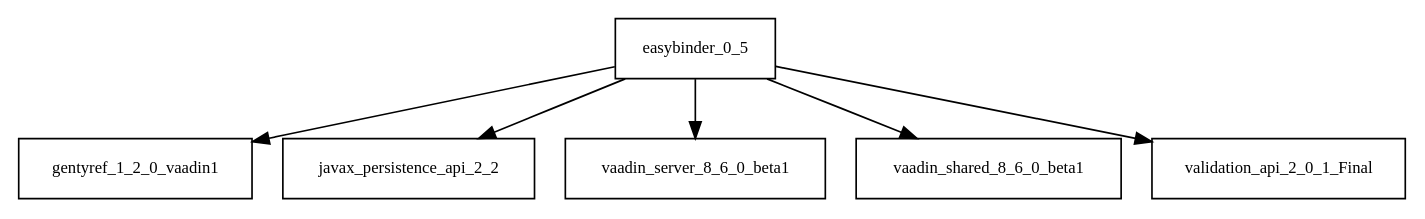
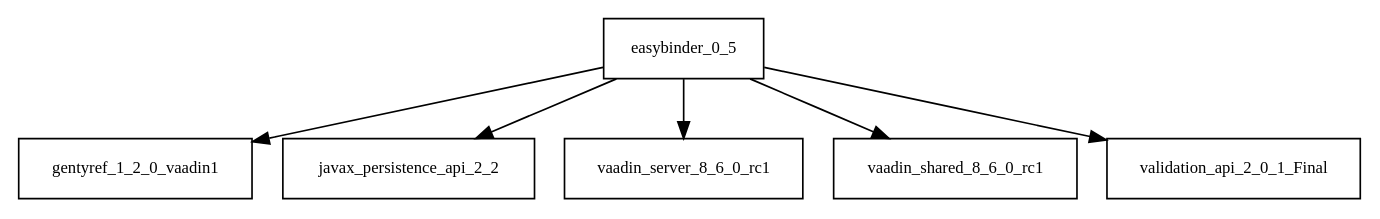
Before and after one commit to Hack23/cia: the diagram in tattleTaleReport/graphviz/easybinder-0.5.jar/easybinder-0.5.jar.dot, drawn with Graphviz. The commit also changed 1393 other files, not shown here.

```diff
--- a/tattleTaleReport/graphviz/easybinder-0.5.jar/easybinder-0.5.jar.dot
+++ b/tattleTaleReport/graphviz/easybinder-0.5.jar/easybinder-0.5.jar.dot
@@ -1,8 +1,8 @@
 digraph easybinder_0_5_dependencies {
   node [shape = box, fontsize=10.0];
   easybinder_0_5 -> gentyref_1_2_0_vaadin1;
   easybinder_0_5 -> javax_persistence_api_2_2;
-  easybinder_0_5 -> vaadin_server_8_6_0_beta1;
-  easybinder_0_5 -> vaadin_shared_8_6_0_beta1;
+  easybinder_0_5 -> vaadin_server_8_6_0_rc1;
+  easybinder_0_5 -> vaadin_shared_8_6_0_rc1;
   easybinder_0_5 -> validation_api_2_0_1_Final;
 }
```
